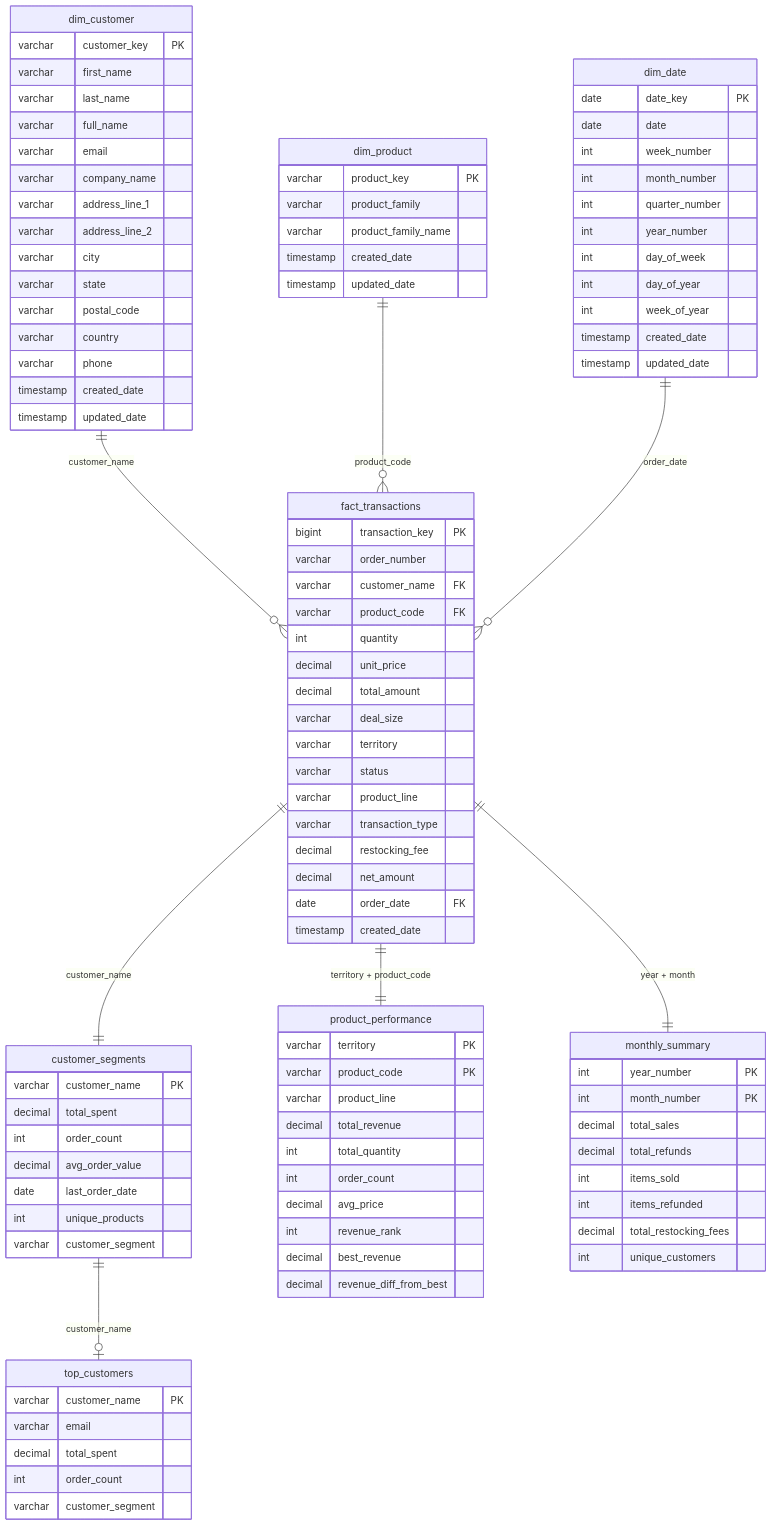
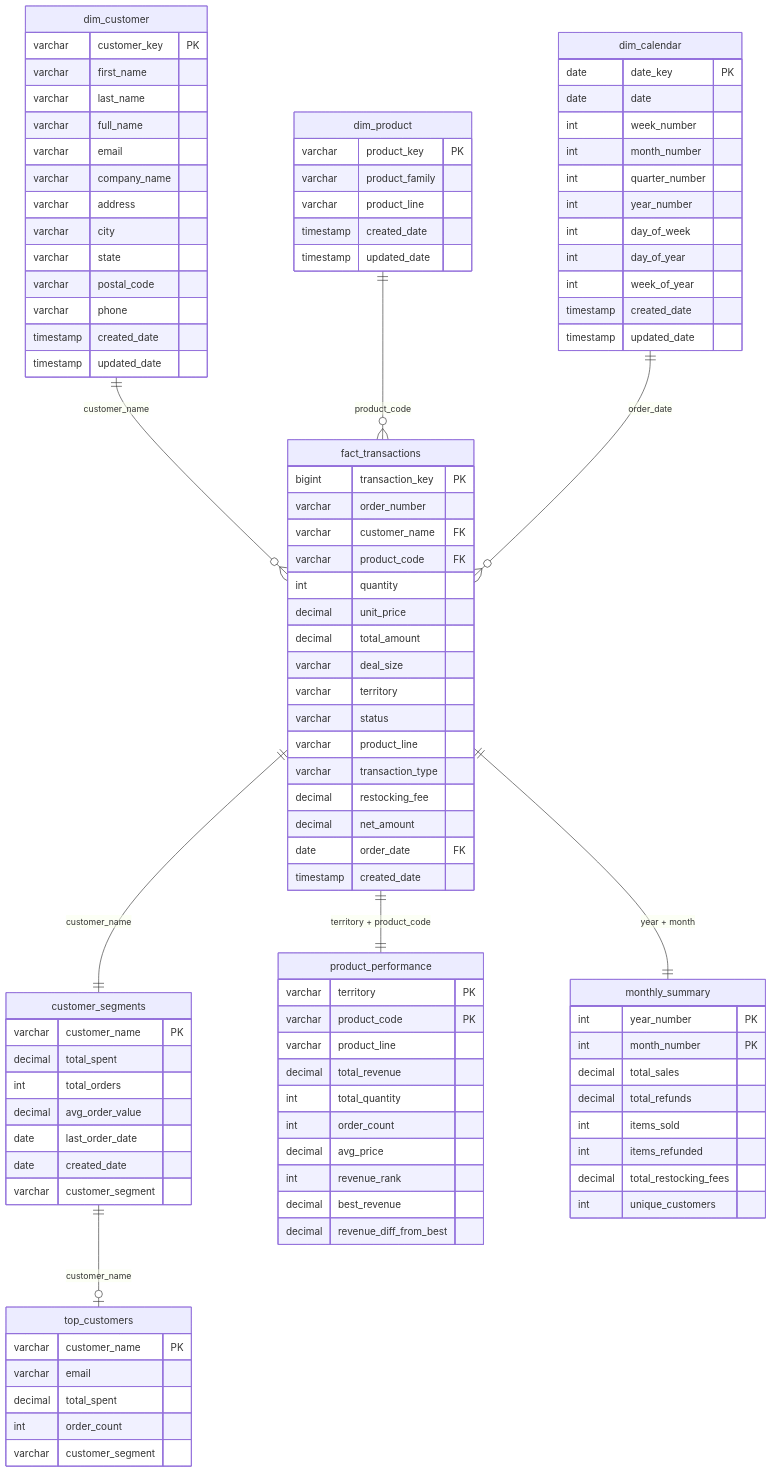
One commit to dataengineerankur/multi-cloud-analytics-pipeline changed the diagram in docs/ERD.md. Above: the diagram before and after it, drawn with Mermaid. The commit also changed other lines of this file, not shown here.

```diff
--- a/docs/ERD.md
+++ b/docs/ERD.md
@@ -129,7 +120,7 @@
 erDiagram
     dim_customer ||--o{ fact_transactions : "customer_name"
     dim_product ||--o{ fact_transactions : "product_code"
-    dim_date ||--o{ fact_transactions : "order_date"
+    dim_calendar ||--o{ fact_transactions : "order_date"
     
     fact_transactions ||--|| customer_segments : "customer_name"
     fact_transactions ||--|| product_performance : "territory + product_code"
@@ -144,12 +135,10 @@
         varchar full_name
         varchar email
         varchar company_name
-        varchar address_line_1
-        varchar address_line_2
+        varchar address
         varchar city
         varchar state
         varchar postal_code
-        varchar country
         varchar phone
         timestamp created_date
         timestamp updated_date
@@ -158,12 +147,12 @@
     dim_product {
         varchar product_key PK
         varchar product_family
-        varchar product_family_name
+        varchar product_line
         timestamp created_date
         timestamp updated_date
     }
     
-    dim_date {
+    dim_calendar {
         date date_key PK
         date date
         int week_number
@@ -199,10 +188,10 @@
     customer_segments {
         varchar customer_name PK
         decimal total_spent
-        int order_count
+        int total_orders
         decimal avg_order_value
         date last_order_date
-        int unique_products
+        date created_date
         varchar customer_segment
     }
     
```
